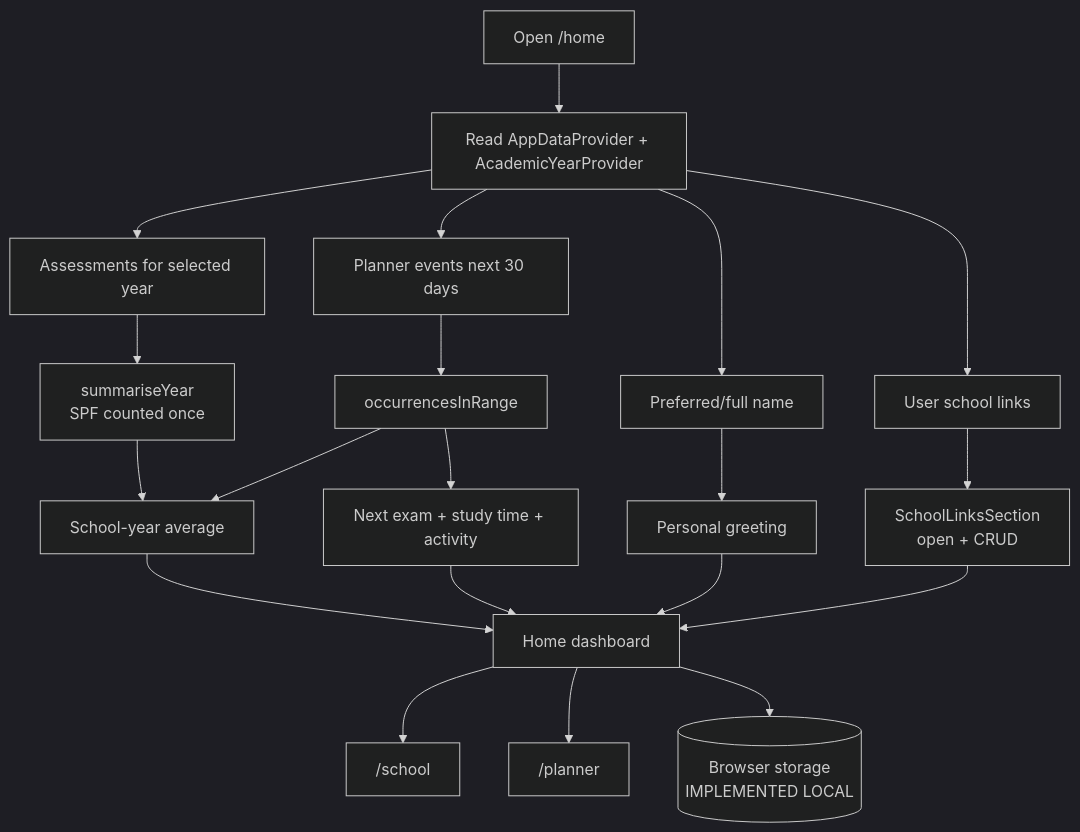
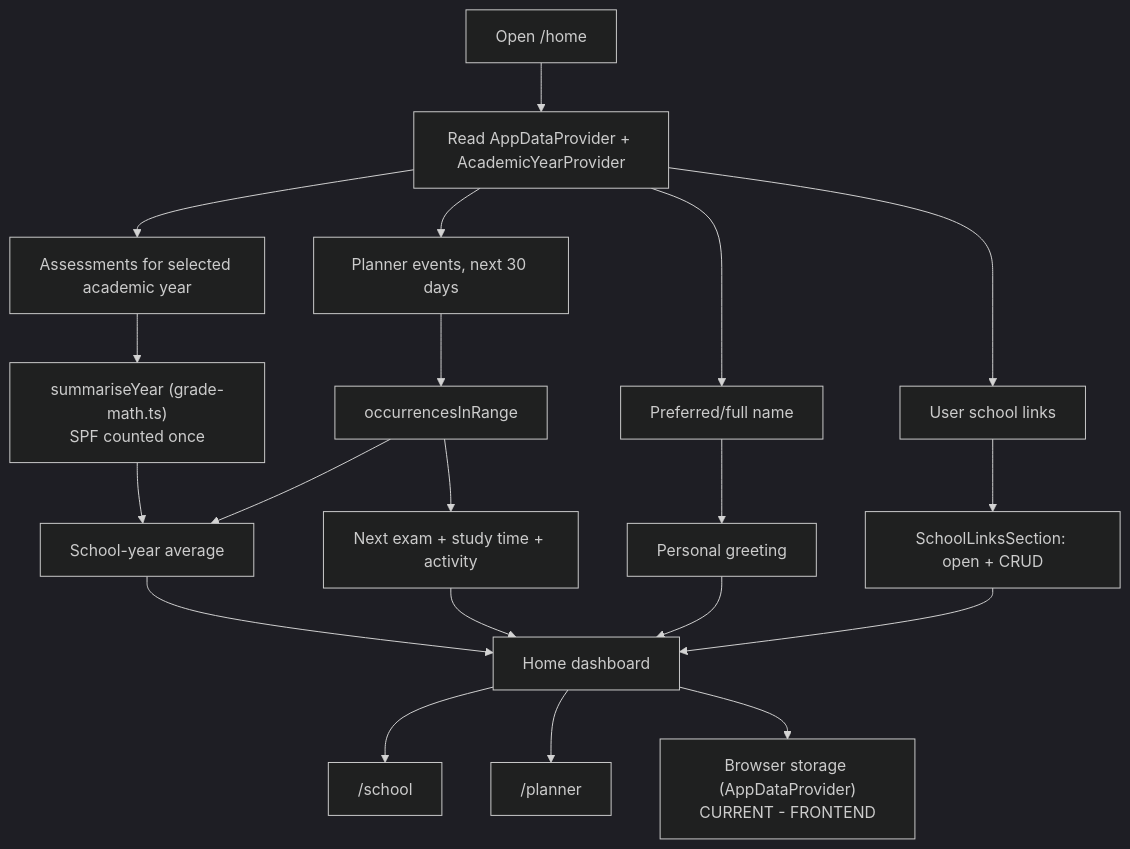
Before and after one commit to keyshavmor/study-swiss-star: the diagram in docs/wireframes/06-home.mmd, drawn with Mermaid (dark theme). The commit also changed 91 other files, not shown here.

```diff
--- a/docs/wireframes/06-home.mmd
+++ b/docs/wireframes/06-home.mmd
@@ -1,20 +1,21 @@
+%% /home dashboard (routes/_authenticated/home.tsx).
 flowchart TD
-  Open[Open /home] --> Read[Read AppDataProvider + AcademicYearProvider]
-  Read --> Profile[Preferred/full name]
-  Read --> Grades[Assessments for selected year]
-  Read --> Events[Planner events next 30 days]
-  Read --> Links[User school links]
-  Grades --> Year[summariseYear\nSPF counted once]
-  Events --> Occ[occurrencesInRange]
-  Year --> Cards[School-year average]
+  Open["Open /home"] --> Read["Read AppDataProvider + AcademicYearProvider"]
+  Read --> Profile["Preferred/full name"]
+  Read --> Grades["Assessments for selected academic year"]
+  Read --> Events["Planner events, next 30 days"]
+  Read --> Links["User school links"]
+  Grades --> Year["summariseYear (grade-math.ts)<br/>SPF counted once"]
+  Events --> Occ["occurrencesInRange"]
+  Year --> Cards["School-year average"]
   Occ --> Cards
-  Occ --> Next[Next exam + study time + activity]
-  Profile --> Greeting[Personal greeting]
-  Links --> LinkUI[SchoolLinksSection\nopen + CRUD]
-  Cards --> UI[Home dashboard]
+  Occ --> Next["Next exam + study time + activity"]
+  Profile --> Greeting["Personal greeting"]
+  Links --> LinkUI["SchoolLinksSection: open + CRUD"]
+  Cards --> UI["Home dashboard"]
   Next --> UI
   Greeting --> UI
   LinkUI --> UI
   UI --> School["/school"]
   UI --> Planner["/planner"]
-  UI --> Local[(Browser storage\nIMPLEMENTED LOCAL)]
+  UI --> Local["Browser storage (AppDataProvider)<br/>CURRENT - FRONTEND"]
```
